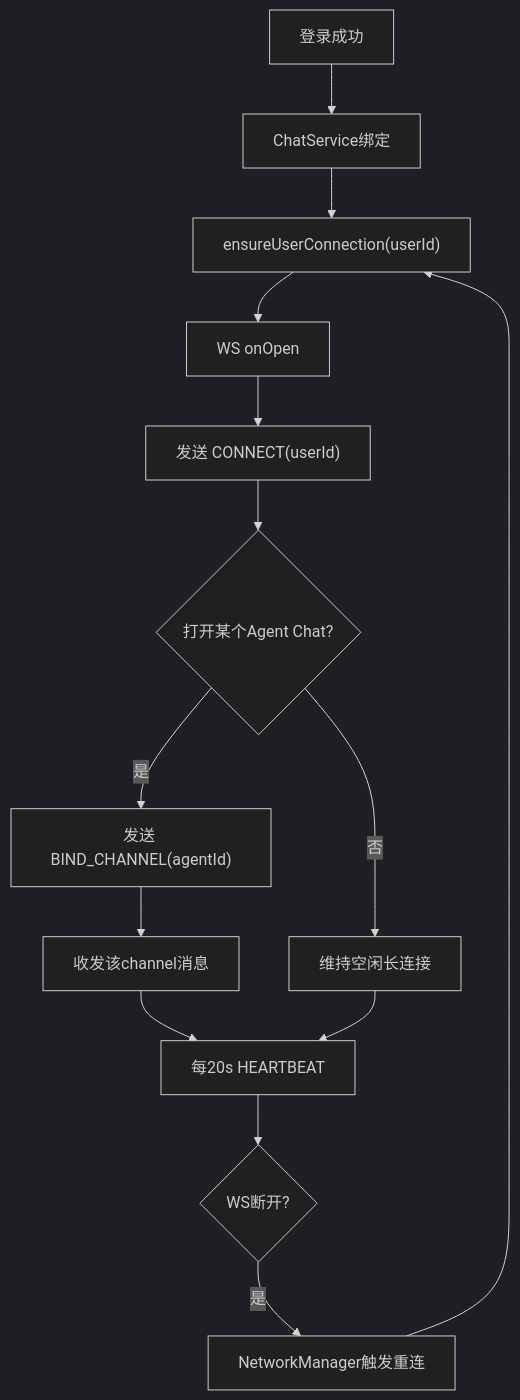
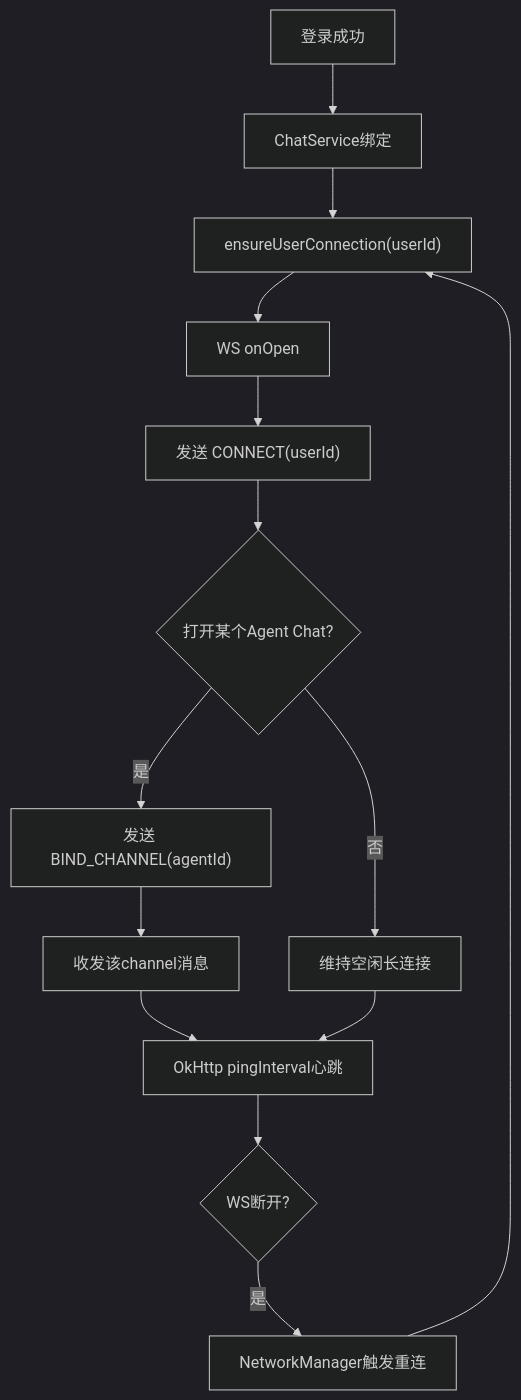
Before and after one commit to nangong918/magic-vector: diagram 33 of 45 in app/android/docs/AndroidDesignDocument.md, drawn with Mermaid (dark theme). The commit also changed other lines of this file and 13 other files, not shown here.

Commit message:
cursor: 实现RealTimeChatController设计图绘制

````diff
--- a/app/android/docs/AndroidDesignDocument.md
+++ b/app/android/docs/AndroidDesignDocument.md
@@ -949,16 +948,16 @@
 ```mermaid
 flowchart TD
     A[登录成功] --> B[ChatService绑定]
     B --> C["ensureUserConnection(userId)"]
     C --> D[WS onOpen]
     D --> E["发送 CONNECT(userId)"]
     E --> F{打开某个Agent Chat?}
     F -- 是 --> G["发送 BIND_CHANNEL(agentId)"]
     G --> H[收发该channel消息]
     F -- 否 --> I[维持空闲长连接]
-    H --> J[每20s HEARTBEAT]
+    H --> J[OkHttp pingInterval心跳]
     I --> J
     J --> K{WS断开?}
     K -- 是 --> L[NetworkManager触发重连]
     L --> C
 ```
````
